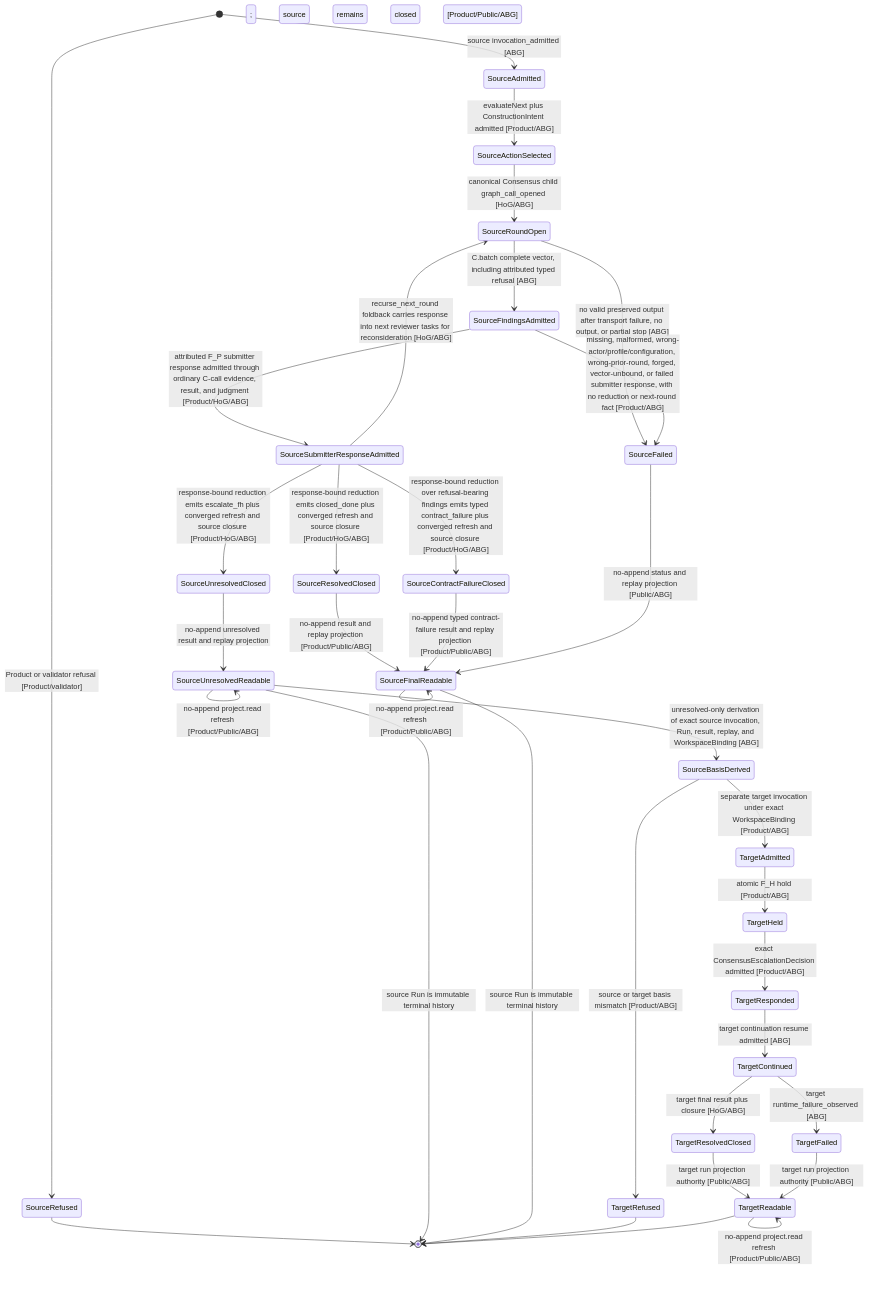
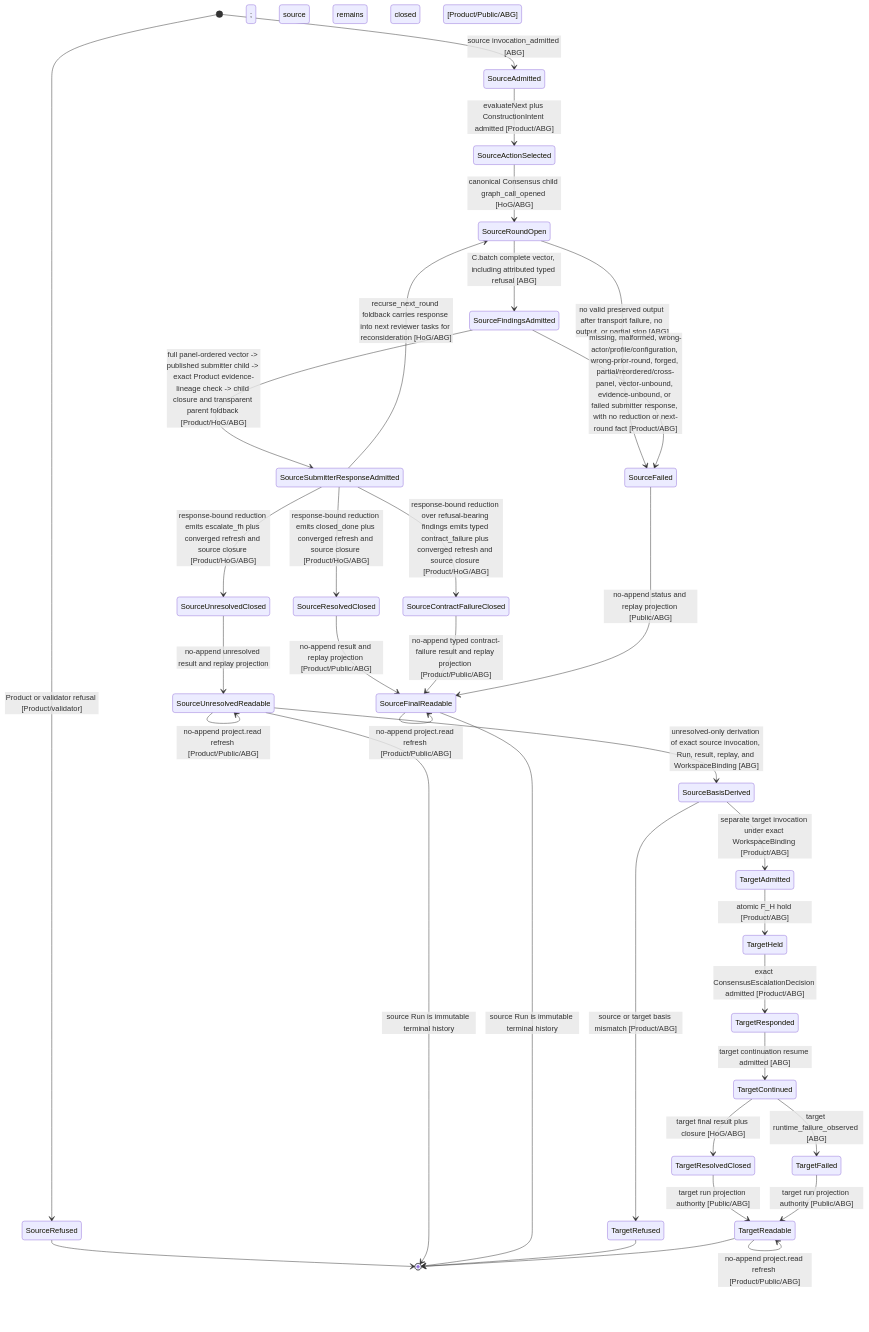
One commit to foolishimp/abiogenesis changed the tenth of 10 diagrams in build_tenants/abiogenesis/typescript/design/M05_DIRECT_GTL_TRAVERSAL_EXPANSION_DESIGN.md. Above: the diagram before and after it, drawn with Mermaid. The commit also changed other lines of this file and 16 other files, not shown here.

````diff
--- a/build_tenants/abiogenesis/typescript/design/M05_DIRECT_GTL_TRAVERSAL_EXPANSION_DESIGN.md
+++ b/build_tenants/abiogenesis/typescript/design/M05_DIRECT_GTL_TRAVERSAL_EXPANSION_DESIGN.md
@@ -3045,37 +3087,37 @@
 ```mermaid
 stateDiagram-v2
   [*] --> SourceRefused: Product or validator refusal [Product/validator]
   [*] --> SourceAdmitted: source invocation_admitted [ABG]
   SourceAdmitted --> SourceActionSelected: evaluateNext plus ConstructionIntent admitted [Product/ABG]
   SourceActionSelected --> SourceRoundOpen: canonical Consensus child graph_call_opened [HoG/ABG]
   SourceRoundOpen --> SourceFindingsAdmitted: C.batch complete vector, including attributed typed refusal [ABG]
   SourceRoundOpen --> SourceFailed: no valid preserved output after transport failure, no output, or partial stop [ABG]
-  SourceFindingsAdmitted --> SourceSubmitterResponseAdmitted: attributed F_P submitter response admitted through ordinary C-call evidence, result, and judgment [Product/HoG/ABG]
-  SourceFindingsAdmitted --> SourceFailed: missing, malformed, wrong-actor/profile/configuration, wrong-prior-round, forged, vector-unbound, or failed submitter response, with no reduction or next-round fact [Product/ABG]
+  SourceFindingsAdmitted --> SourceSubmitterResponseAdmitted: full panel-ordered vector -> published submitter child -> exact Product evidence-lineage check -> child closure and transparent parent foldback [Product/HoG/ABG]
+  SourceFindingsAdmitted --> SourceFailed: missing, malformed, wrong-actor/profile/configuration, wrong-prior-round, forged, partial/reordered/cross-panel, vector-unbound, evidence-unbound, or failed submitter response, with no reduction or next-round fact [Product/ABG]
   SourceSubmitterResponseAdmitted --> SourceRoundOpen: recurse_next_round foldback carries response into next reviewer tasks for reconsideration [HoG/ABG]
   SourceSubmitterResponseAdmitted --> SourceUnresolvedClosed: response-bound reduction emits escalate_fh plus converged refresh and source closure [Product/HoG/ABG]
   SourceSubmitterResponseAdmitted --> SourceResolvedClosed: response-bound reduction emits closed_done plus converged refresh and source closure [Product/HoG/ABG]
   SourceSubmitterResponseAdmitted --> SourceContractFailureClosed: response-bound reduction over refusal-bearing findings emits typed contract_failure plus converged refresh and source closure [Product/HoG/ABG]
   SourceUnresolvedClosed --> SourceUnresolvedReadable: no-append unresolved result and replay projection; source remains closed [Product/Public/ABG]
   SourceResolvedClosed --> SourceFinalReadable: no-append result and replay projection [Product/Public/ABG]
   SourceContractFailureClosed --> SourceFinalReadable: no-append typed contract-failure result and replay projection [Product/Public/ABG]
   SourceFailed --> SourceFinalReadable: no-append status and replay projection [Public/ABG]
   SourceUnresolvedReadable --> SourceUnresolvedReadable: no-append project.read refresh [Product/Public/ABG]
   SourceFinalReadable --> SourceFinalReadable: no-append project.read refresh [Product/Public/ABG]
   SourceUnresolvedReadable --> SourceBasisDerived: unresolved-only derivation of exact source invocation, Run, result, replay, and WorkspaceBinding [ABG]
   SourceBasisDerived --> TargetRefused: source or target basis mismatch [Product/ABG]
   SourceBasisDerived --> TargetAdmitted: separate target invocation under exact WorkspaceBinding [Product/ABG]
   TargetAdmitted --> TargetHeld: atomic F_H hold [Product/ABG]
   TargetHeld --> TargetResponded: exact ConsensusEscalationDecision admitted [Product/ABG]
   TargetResponded --> TargetContinued: target continuation resume admitted [ABG]
   TargetContinued --> TargetResolvedClosed: target final result plus closure [HoG/ABG]
   TargetContinued --> TargetFailed: target runtime_failure_observed [ABG]
   TargetResolvedClosed --> TargetReadable: target run projection authority [Public/ABG]
   TargetFailed --> TargetReadable: target run projection authority [Public/ABG]
   TargetReadable --> TargetReadable: no-append project.read refresh [Product/Public/ABG]
   SourceRefused --> [*]
   SourceUnresolvedReadable --> [*]: source Run is immutable terminal history
   SourceFinalReadable --> [*]: source Run is immutable terminal history
   TargetRefused --> [*]
   TargetReadable --> [*]
 ```
````
